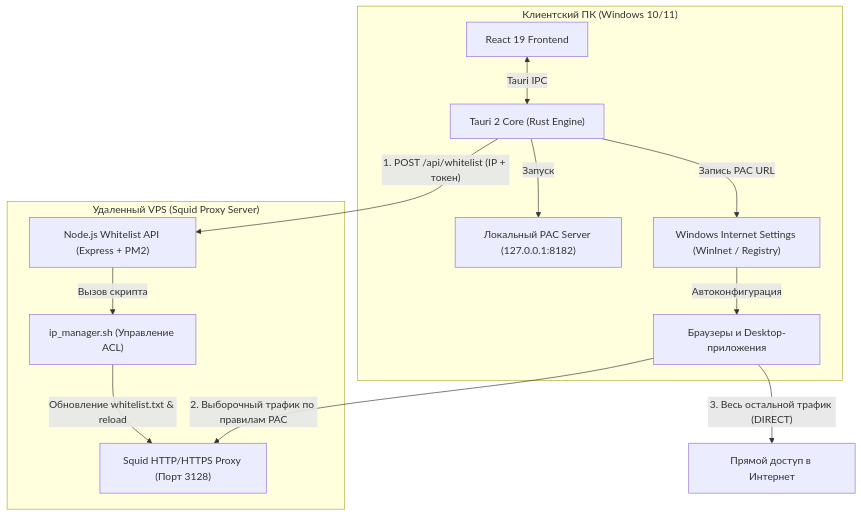
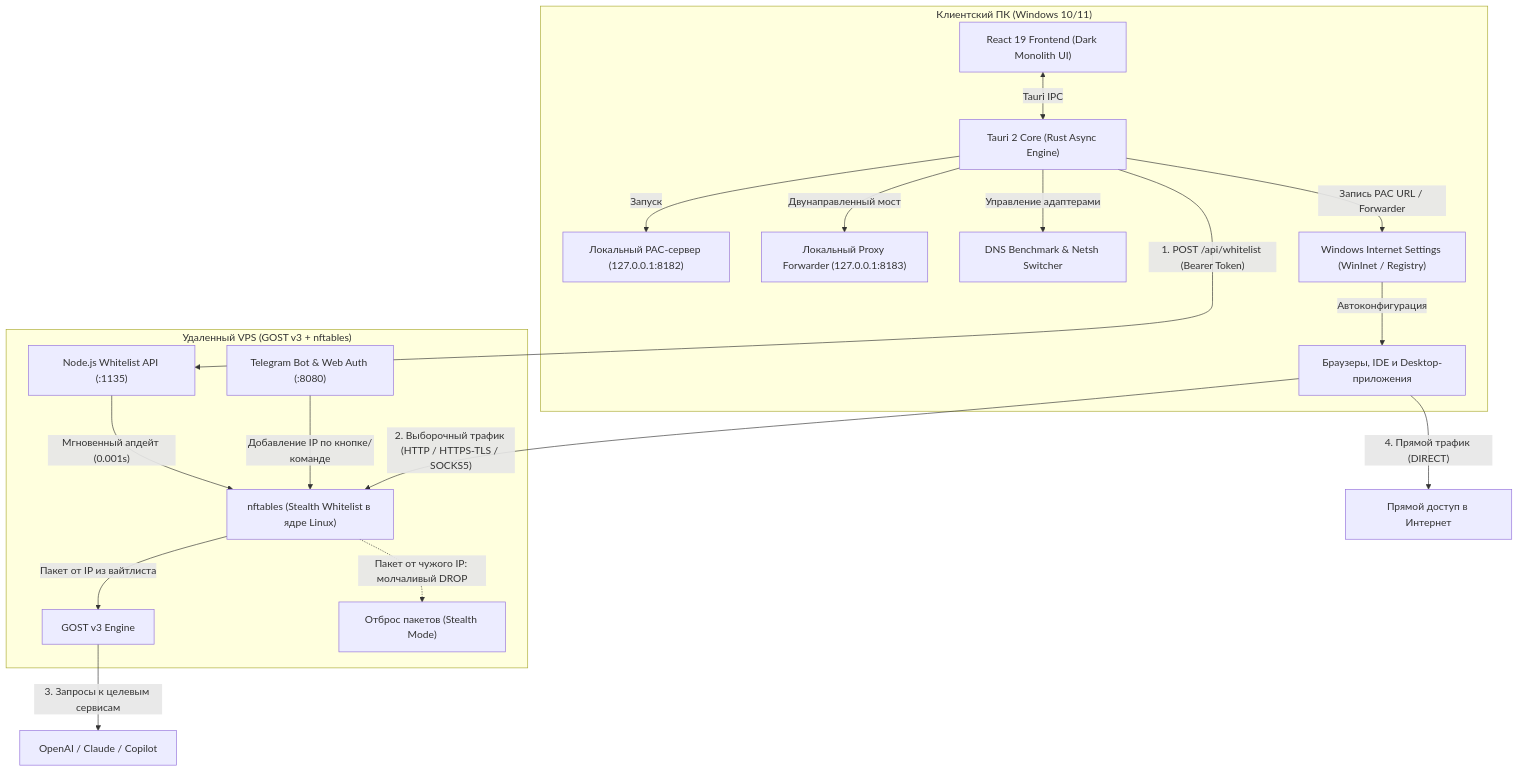
One commit to D1verlin/ProxyRouterDesktop changed the diagram in README.md. Above: the diagram before and after it, drawn with Mermaid. The commit also changed other lines of this file, not shown here.

Commit message:
docs: update README for v1.0.17 with GOST v3, multi-protocol upstream & DNS switcher

````diff
--- a/README.md
+++ b/README.md
@@ -35,28 +29,36 @@
 ```mermaid
 flowchart TD
     subgraph Client ["Клиентский ПК (Windows 10/11)"]
-        UI["React 19 Frontend"]
-        Tauri["Tauri 2 Core (Rust Engine)"]
-        PAC["Локальный PAC Server (127.0.0.1:8182)"]
+        UI["React 19 Frontend (Dark Monolith UI)"]
+        Tauri["Tauri 2 Core (Rust Async Engine)"]
+        PAC["Локальный PAC-сервер (127.0.0.1:8182)"]
+        Forwarder["Локальный Proxy Forwarder (127.0.0.1:8183)"]
+        DNS["DNS Benchmark & Netsh Switcher"]
         WinInet["Windows Internet Settings (WinInet / Registry)"]
-        Apps["Браузеры и Desktop-приложения"]
+        Apps["Браузеры, IDE и Desktop-приложения"]
 
         UI <-->|"Tauri IPC"| Tauri
         Tauri -->|"Запуск"| PAC
-        Tauri -->|"Запись PAC URL"| WinInet
+        Tauri -->|"Двунаправленный мост"| Forwarder
+        Tauri -->|"Управление адаптерами"| DNS
+        Tauri -->|"Запись PAC URL / Forwarder"| WinInet
         WinInet -->|"Автоконфигурация"| Apps
     end
 
-    subgraph VPS ["Удаленный VPS (Squid Proxy Server)"]
-        API["Node.js Whitelist API (Express + PM2)"]
-        IPManager["ip_manager.sh (Управление ACL)"]
-        Squid["Squid HTTP/HTTPS Proxy (Порт 3128)"]
+    subgraph VPS ["Удаленный VPS (GOST v3 + nftables)"]
+        NFT["nftables (Stealth Whitelist в ядре Linux)"]
+        GOST["GOST v3 Engine"]
+        API["Node.js Whitelist API (:1135)"]
+        Bot["Telegram Bot & Web Auth (:8080)"]
 
-        API -->|"Вызов скрипта"| IPManager
-        IPManager -->|"Обновление whitelist.txt & reload"| Squid
+        NFT -->|"Пакет от IP из вайтлиста"| GOST
+        NFT -.->|"Пакет от чужого IP: молчаливый DROP"| Blackhole["Отброс пакетов (Stealth Mode)"]
+        API -->|"Мгновенный апдейт (0.001s)"| NFT
+        Bot -->|"Добавление IP по кнопке/команде"| NFT
     end
 
-    Tauri -->|"1. POST /api/whitelist (IP + токен)"| API
-    Apps -->|"2. Выборочный трафик по правилам PAC"| Squid
-    Apps -->|"3. Весь остальной трафик (DIRECT)"| Web["Прямой доступ в Интернет"]
+    Tauri -->|"1. POST /api/whitelist (Bearer Token)"| API
+    Apps -->|"2. Выборочный трафик (HTTP / HTTPS-TLS / SOCKS5)"| NFT
+    GOST -->|"3. Запросы к целевым сервисам"| Target["OpenAI / Claude / Copilot"]
+    Apps -->|"4. Прямой трафик (DIRECT)"| Web["Прямой доступ в Интернет"]
 ```
````
